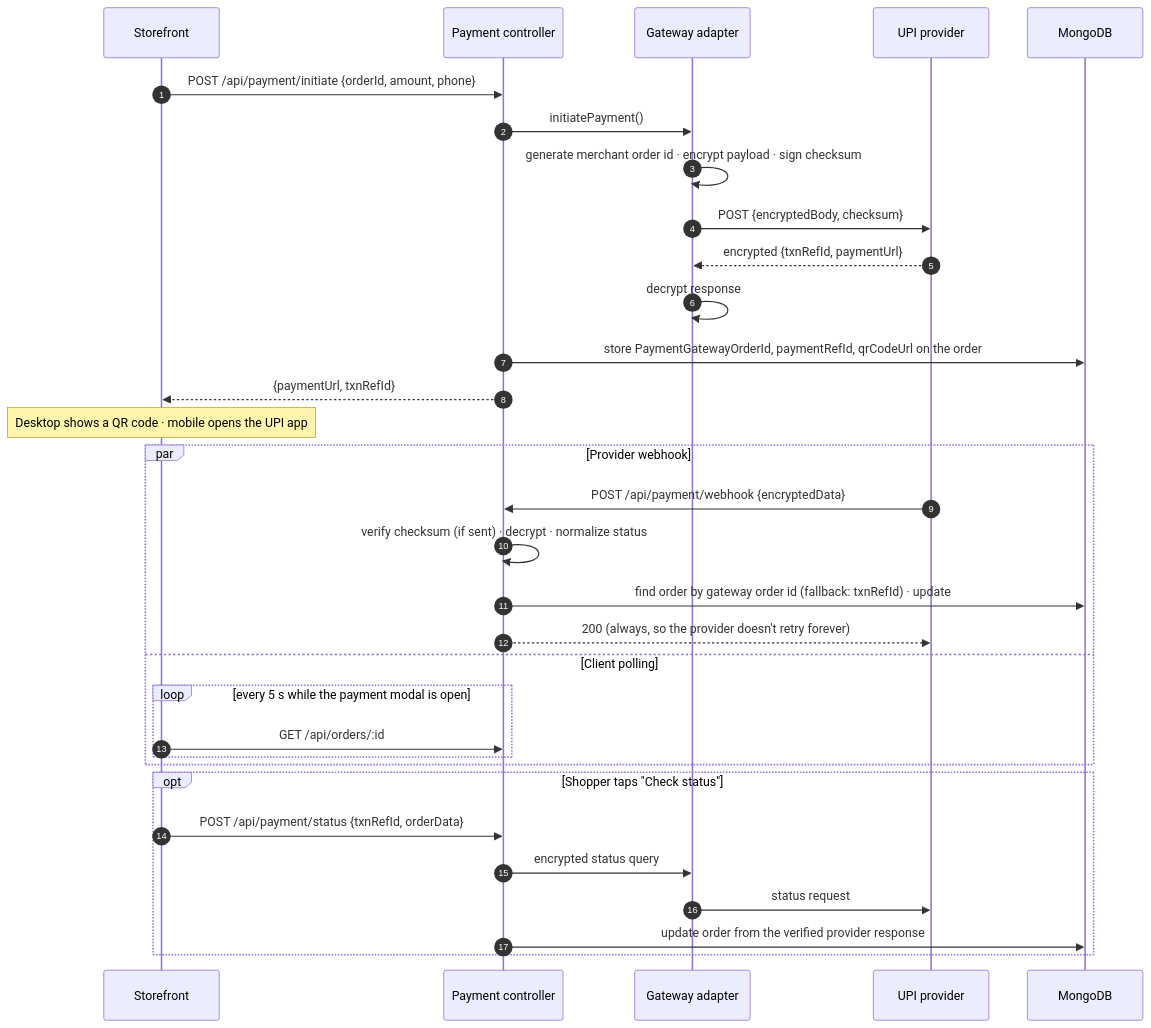
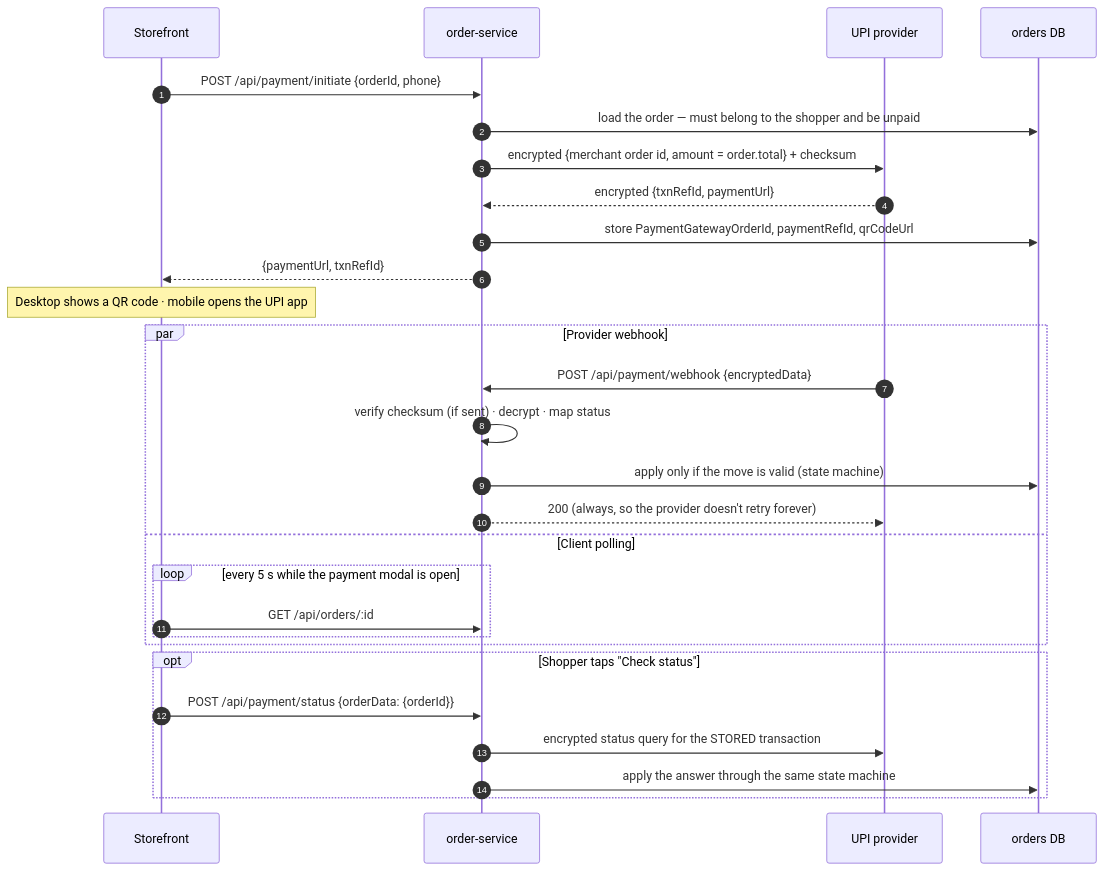
The eighth of 13 diagrams in README.md (abuiron/looksmatter_bc), drawn with Mermaid before and after one commit. The commit also changed other lines of this file and 26 other files, not shown here.

````diff
--- a/README.md
+++ b/README.md
@@ -307,37 +365,33 @@
 ```mermaid
 sequenceDiagram
     autonumber
     participant UI as Storefront
-    participant API as Payment controller
-    participant GW as Gateway adapter
+    participant API as order-service
     participant PSP as UPI provider
-    participant DB as MongoDB
+    participant DB as orders DB
 
-    UI->>API: POST /api/payment/initiate {orderId, amount, phone}
-    API->>GW: initiatePayment()
-    GW->>GW: generate merchant order id · encrypt payload · sign checksum
-    GW->>PSP: POST {encryptedBody, checksum}
-    PSP-->>GW: encrypted {txnRefId, paymentUrl}
-    GW->>GW: decrypt response
-    API->>DB: store PaymentGatewayOrderId, paymentRefId, qrCodeUrl on the order
+    UI->>API: POST /api/payment/initiate {orderId, phone}
+    API->>DB: load the order — must belong to the shopper and be unpaid
+    API->>PSP: encrypted {merchant order id, amount = order.total} + checksum
+    PSP-->>API: encrypted {txnRefId, paymentUrl}
+    API->>DB: store PaymentGatewayOrderId, paymentRefId, qrCodeUrl
     API-->>UI: {paymentUrl, txnRefId}
     Note over UI: Desktop shows a QR code · mobile opens the UPI app
 
     par Provider webhook
         PSP->>API: POST /api/payment/webhook {encryptedData}
-        API->>API: verify checksum (if sent) · decrypt · normalize status
-        API->>DB: find order by gateway order id (fallback: txnRefId) · update
+        API->>API: verify checksum (if sent) · decrypt · map status
+        API->>DB: apply only if the move is valid (state machine)
         API-->>PSP: 200 (always, so the provider doesn't retry forever)
     and Client polling
         loop every 5 s while the payment modal is open
             UI->>API: GET /api/orders/:id
         end
     end
 
     opt Shopper taps "Check status"
-        UI->>API: POST /api/payment/status {txnRefId, orderData}
-        API->>GW: encrypted status query
-        GW->>PSP: status request
-        API->>DB: update order from the verified provider response
+        UI->>API: POST /api/payment/status {orderData: {orderId}}
+        API->>PSP: encrypted status query for the STORED transaction
+        API->>DB: apply the answer through the same state machine
     end
 ```
````
